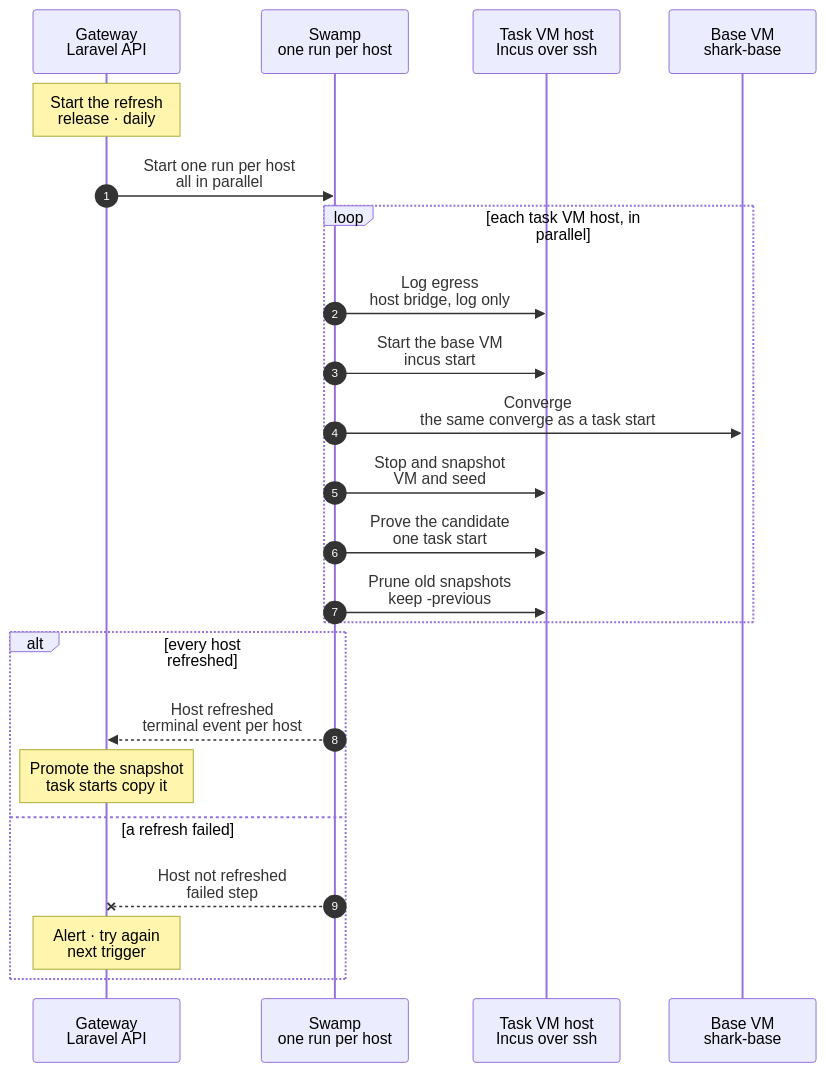
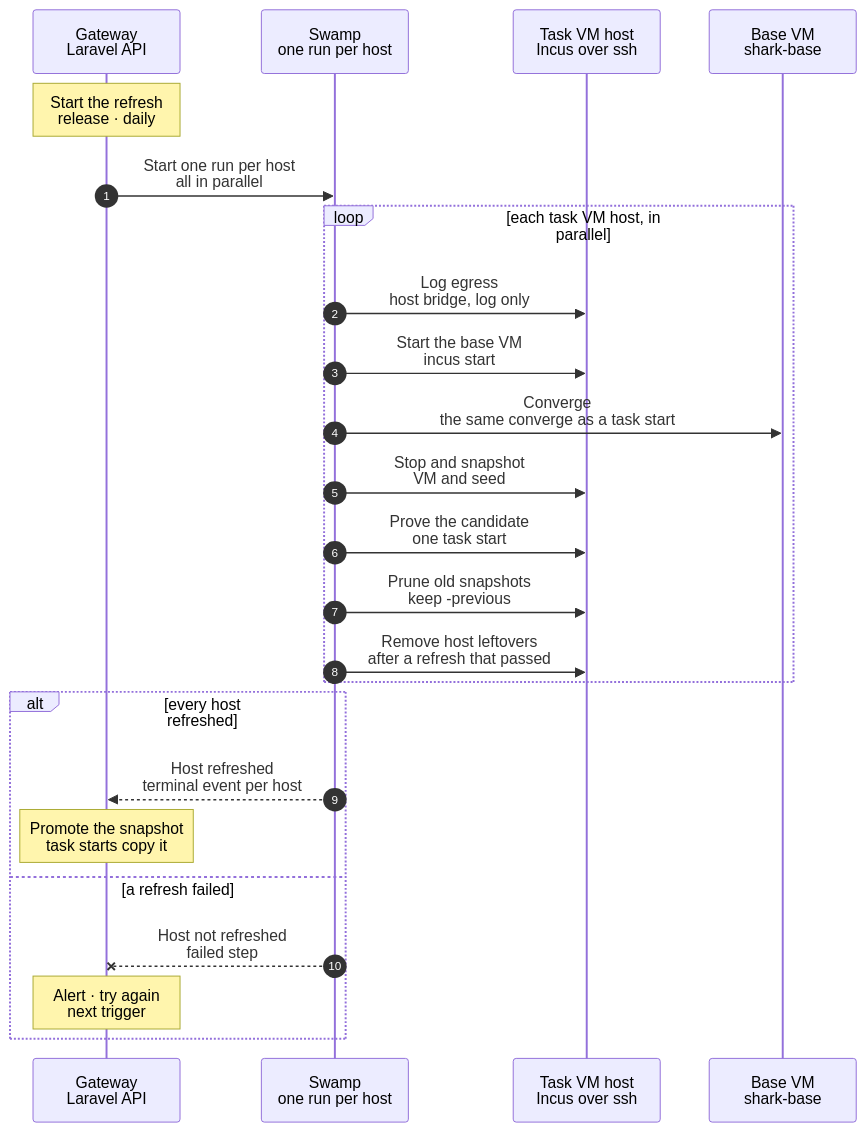
One commit to hardimpactdev/orbit changed the diagram in docs/reference/pipeline/6-task-image-seed-refresh.mmd. Above: the diagram before and after it, drawn with Mermaid. The commit also changed 2 other files, not shown here.

Commit message:
fix(task-vms): a failed refresh reports host_clean skipped; chart the cleanup step

```diff
--- a/docs/reference/pipeline/6-task-image-seed-refresh.mmd
+++ b/docs/reference/pipeline/6-task-image-seed-refresh.mmd
@@ -1,58 +1,62 @@
 sequenceDiagram
   %% Target design (agreed with Nick, 2026-11-07): stage 6 of the command development pipeline. Each task VM host keeps one stopped base VM that never gets an identity; its ZFS snapshot is the base a task start copies. After a release, and once a day, every host starts its base VM, converges it as a task start would, stops it and snapshots it; the snapshot is proven with one task start and the Gateway promotes it. There is no Incus image and no publish. Nothing is copied between hosts. The per-host run: docs/cli/tasks/vm-image-refresh.mmd.
   %% status: draft
   %% command: development pipeline stage 6 · per-host task image and seed refresh
   %% kind: pipeline.6-task-image-seed-refresh
   autonumber
   %% lane GW icon=gateway pill=intent tone=blue
   %% lane SW icon=workflow pill=executes tone=green
   %% lane H icon=server pill=each host tone=amber
   %% lane VM icon=server pill=base VM tone=gray
   participant GW as Gateway<br/>Laravel API
   participant SW as Swamp<br/>one run per host
   participant H as Task VM host<br/>Incus over ssh
   participant VM as Base VM<br/>shark-base
   Note over GW: Start the refresh<br/>release · daily
   %%> Triggers:
   %%> - every Gateway release, as soon as Swamp has loaded its commit and while the release switches (the release's step "Admit VM refreshes"); a code-only release refreshes too, because the base holds the warm checkout and the nested Gateway agent of the commit
   %%> - a daily Schedule; it only dispatches the admission
   %%> - a host with a refresh open keeps it, and the newest commit waits behind it; the run that ends admits that commit
   GW->>SW: Start one run per host<br/>all in parallel
   %%> Why:
   %%> - each host bakes its own image and seed; copying them between hosts is not a supported flow
   loop each task VM host, in parallel
     SW->>H: Log egress<br/>host bridge, log only
     %%> What it does:
     %%> - sets up the egress log of the host bridge: an nftables rule, an rsyslog file and the DNS log of the bridge's dnsmasq; nothing is blocked
     %%> - the first run sets `raw.dnsmasq`, which runs the setup of the bridge again and restarts its dnsmasq: running VMs lose DNS for about a second, and Incus runs that dnsmasq without its AppArmor profile
     SW->>H: Start the base VM<br/>incus start
     %%> What it does:
     %%> - a new host has no base VM yet: it is made here, once, from the stock Ubuntu VM image and an empty seed volume, and the converge that follows builds everything else
     SW->>VM: Converge<br/>the same converge as a task start
     %%> What it does:
     %%> - outer VM: packages, tools, Swamp, orbit-agent, the Pi server, sshd and UFW at the release's pins; each part runs only when its digest changed
     %%> - the warm checkout: main at the release commit, installs only where a lock file changed
     %%> - each container: migrations and restarts only when the code changed; no wait for nested services and no identity wipe
     %%> - a base VM without a nested fleet builds it once, in the same converge: the containers from stock Ubuntu, the nested Gateway from one local `gateway-bootstrap` run, app-dev and app-prod through its own Orbit, and a Doctor wait; a base VM with its fleet skips the build
     SW->>H: Stop and snapshot<br/>VM and seed
     %%> What it does:
     %%> - stops the base VM and snapshots it and its seed volume; ZFS snapshots, about 1 s
     SW->>H: Prove the candidate<br/>one task start
     %%> What it does:
     %%> - steps 2 to 4 of a task start from the new snapshot with a free slot identity, then its release
     SW->>H: Prune old snapshots<br/>keep -previous
     %%> What it does:
     %%> - keeps the new snapshot and the one before it; removes older ones
+    SW->>H: Remove host leftovers<br/>after a refresh that passed
+    %%> What it does:
+    %%> - removes images, seed volumes and projects no current path makes
+    %%> - a failure fails no refresh; the result says `host_clean: succeeded`, `failed` or `skipped` (the refresh failed first)
   end
   alt every host refreshed
     SW-->>GW: Host refreshed<br/>terminal event per host
     Note over GW: Promote the snapshot<br/>task starts copy it
     %%> Result:
     %%> - target about 25 s per host for a no-op refresh before the proof; one slow host does not hold the others
     %%> - the first refresh of a new host builds the whole base, its nested fleet included (about 30 min of it)
   else a refresh failed
     SW--xGW: Host not refreshed<br/>failed step
     Note over GW: Alert · try again<br/>next trigger
     %%> Result:
     %%> - the base VM is rolled back to the recorded snapshot and the run's snapshot removed; the identity that proved it is released
   end
```
